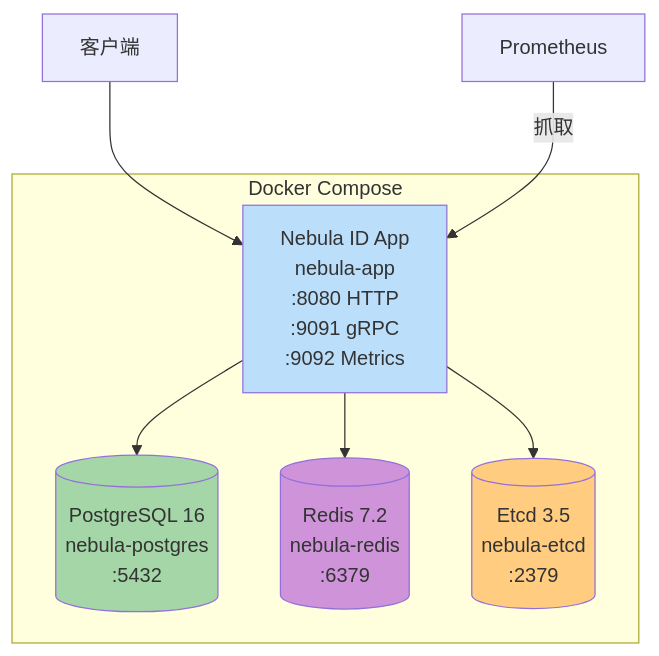
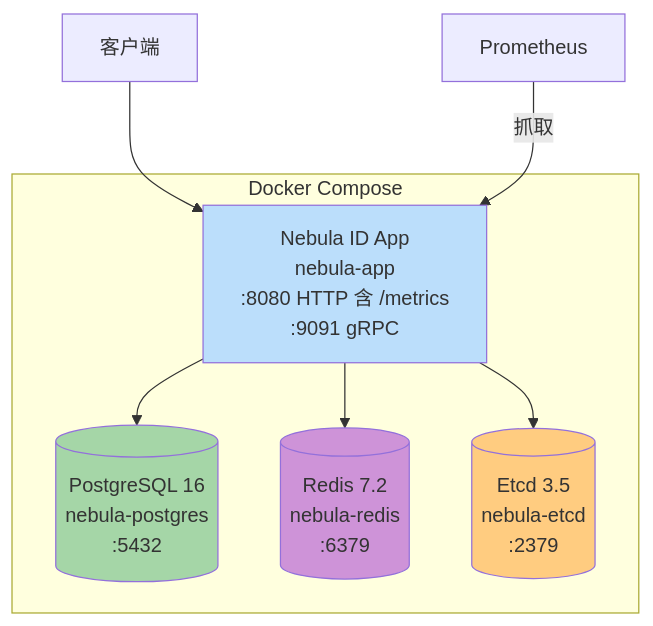
One commit to Kirky-X/NebulaId changed the diagram in docs/DEPLOYMENT.md. Above: the diagram before and after it, drawn with Mermaid. The commit also changed other lines of this file and 4 other files, not shown here.

````diff
--- a/docs/DEPLOYMENT.md
+++ b/docs/DEPLOYMENT.md
@@ -21,21 +21,21 @@
 ```mermaid
 graph TB
     subgraph Docker Compose
-        App[Nebula ID App<br/>nebula-app<br/>:8080 HTTP<br/>:9091 gRPC<br/>:9092 Metrics]
+        App[Nebula ID App<br/>nebula-app<br/>:8080 HTTP 含 /metrics<br/>:9091 gRPC]
         PG[(PostgreSQL 16<br/>nebula-postgres<br/>:5432)]
         Redis[(Redis 7.2<br/>nebula-redis<br/>:6379)]
         Etcd[(Etcd 3.5<br/>nebula-etcd<br/>:2379)]
     end
 
     Client[客户端] --> App
     App --> PG
     App --> Redis
     App --> Etcd
 
     Prom[Prometheus] -->|抓取| App
 
     style App fill:#bbdefb
     style PG fill:#a5d6a7
     style Redis fill:#ce93d8
     style Etcd fill:#ffcc80
 ```
````
